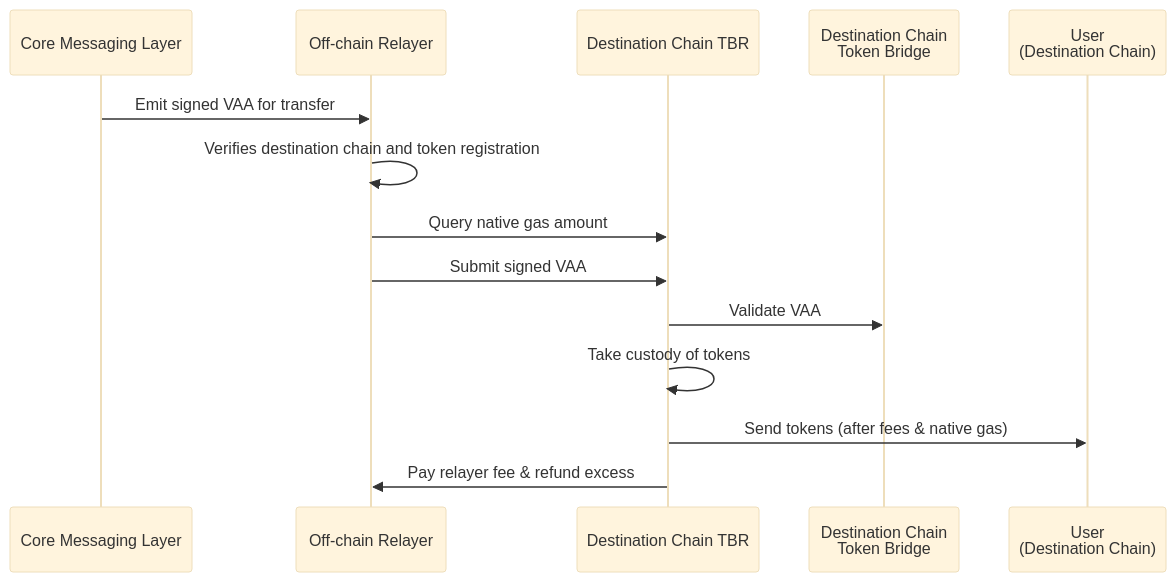
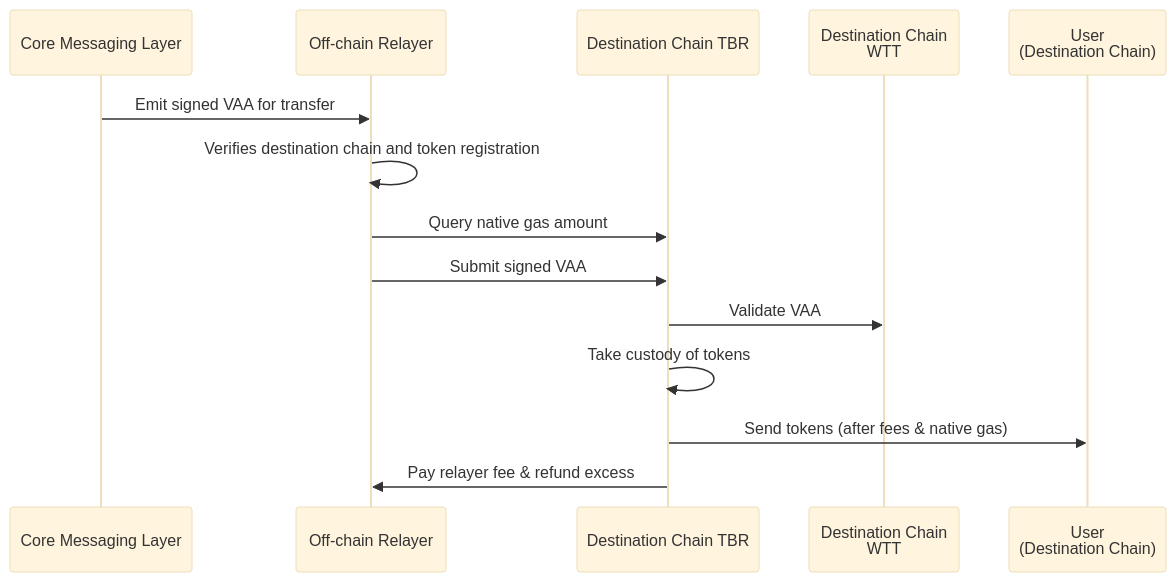
Before and after one commit to wormhole-foundation/wormhole-docs: the fourth of 4 diagrams in products/token-bridge/concepts/transfer-flow.md, drawn with Mermaid (base theme). The commit also changed other lines of this file, not shown here.

Commit message:
update transfer flow to wtt

````diff
--- a/products/token-bridge/concepts/transfer-flow.md
+++ b/products/token-bridge/concepts/transfer-flow.md
@@ -181,17 +184,17 @@
 ```mermaid
 sequenceDiagram
     participant Messaging as Core Messaging Layer
     participant Relayer as Off-chain Relayer
     participant DestTBR as Destination Chain TBR
-    participant DestTB as Destination Chain <br> Token Bridge
+    participant DestTB as Destination Chain <br> WTT
     participant DestUser as User <br> (Destination Chain)
 
     Messaging->>Relayer: Emit signed VAA for transfer
     Relayer->>Relayer: Verifies destination chain and token registration
     Relayer->>DestTBR: Query native gas amount
     Relayer->>DestTBR: Submit signed VAA
     DestTBR->>DestTB: Validate VAA
     DestTBR->>DestTBR: Take custody of tokens
     DestTBR->>DestUser: Send tokens (after fees & native gas)
     DestTBR->>Relayer: Pay relayer fee & refund excess
 ```
````
